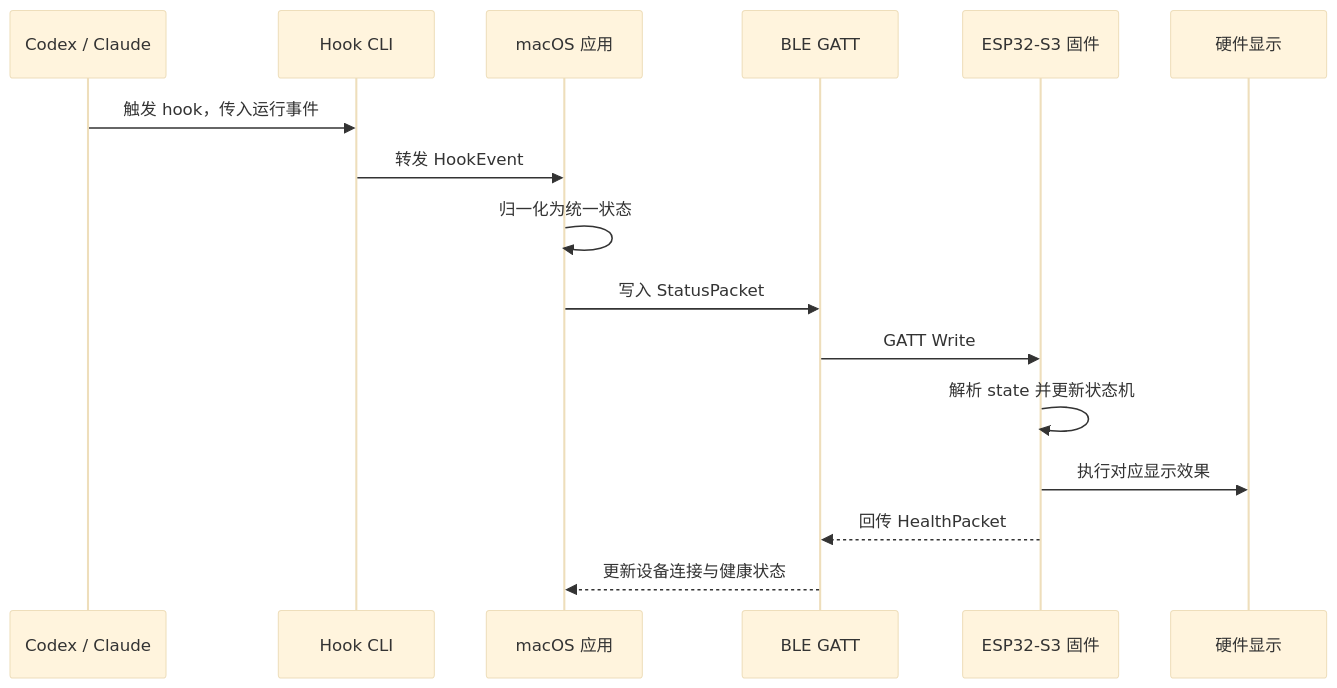
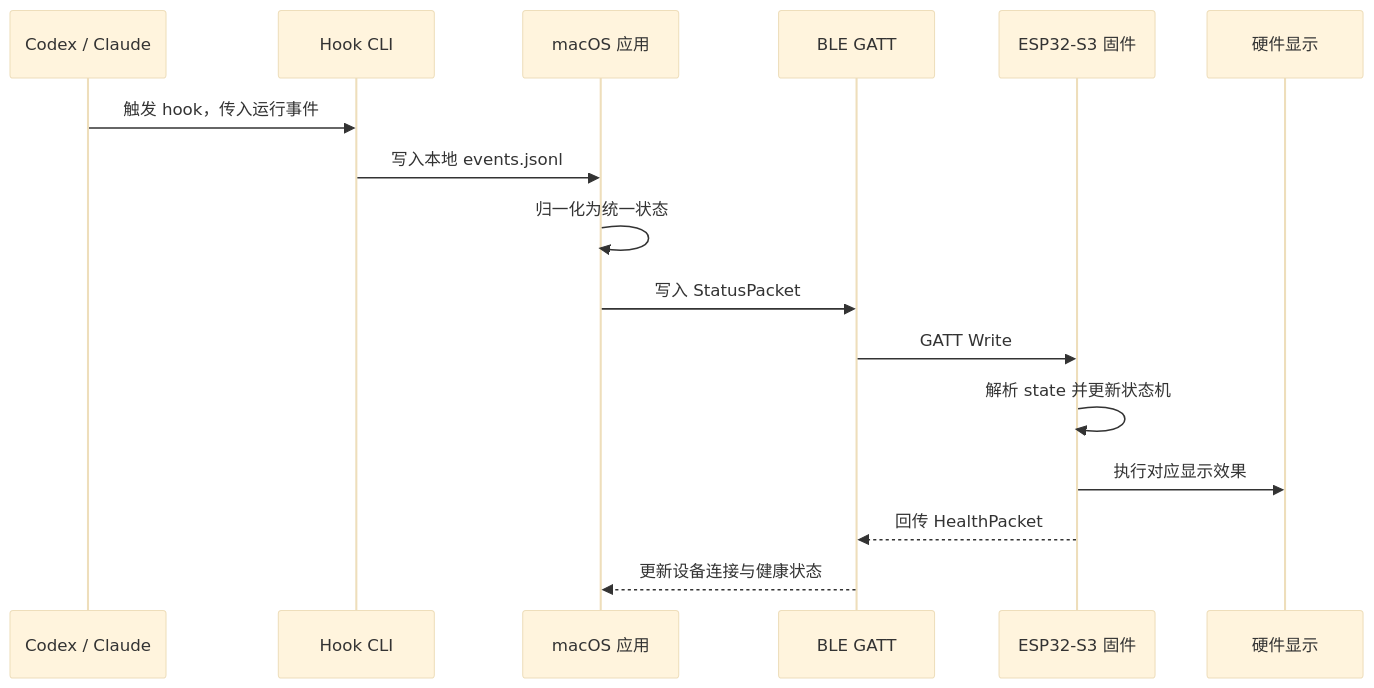
Before and after one commit to miclle/vibe-light: the second of 2 diagrams in docs/architecture.md, drawn with Mermaid (base theme). The commit also changed other lines of this file, not shown here.

Commit message:
docs: Align event bridge implementation

````diff
--- a/docs/architecture.md
+++ b/docs/architecture.md
@@ -46,19 +46,19 @@
 ```mermaid
 sequenceDiagram
     participant Tool as Codex / Claude
     participant Hook as Hook CLI
     participant App as macOS 应用
     participant BLE as BLE GATT
     participant ESP as ESP32-S3 固件
     participant Display as 硬件显示
 
     Tool->>Hook: 触发 hook，传入运行事件
-    Hook->>App: 转发 HookEvent
+    Hook->>App: 写入本地 events.jsonl
     App->>App: 归一化为统一状态
     App->>BLE: 写入 StatusPacket
     BLE->>ESP: GATT Write
     ESP->>ESP: 解析 state 并更新状态机
     ESP->>Display: 执行对应显示效果
     ESP-->>BLE: 回传 HealthPacket
     BLE-->>App: 更新设备连接与健康状态
 ```
````
